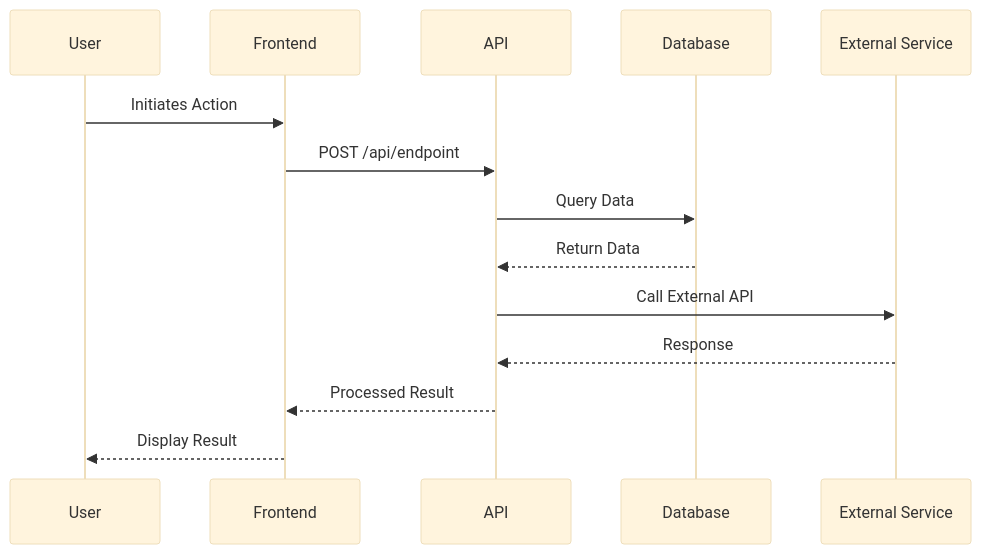
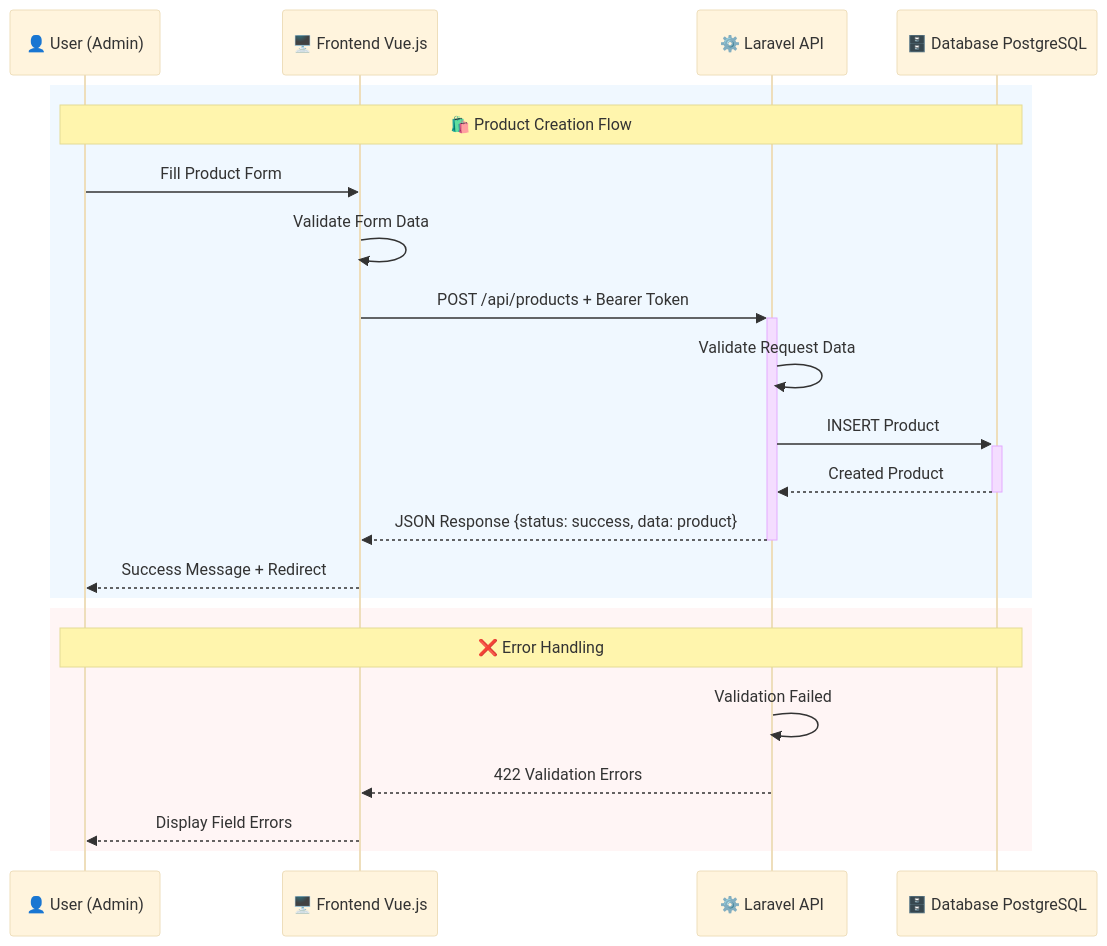
Before and after one commit to Merieli/meraki-shop: the third of 5 diagrams in .taskmaster/docs/current-task/prp.md, drawn with Mermaid (base theme). The commit also changed other lines of this file, not shown here.

````diff
--- a/.taskmaster/docs/current-task/prp.md
+++ b/.taskmaster/docs/current-task/prp.md
@@ -85,17 +149,26 @@
 ```mermaid
 sequenceDiagram
-    participant U as User
-    participant F as Frontend
-    participant A as API
-    participant D as Database
-    participant E as External Service
+    participant U as 👤 User (Admin)
+    participant F as 🖥️ Frontend Vue.js
+    participant A as ⚙️ Laravel API
+    participant D as 🗄️ Database PostgreSQL
     
-    U->>F: Initiates Action
-    F->>A: POST /api/endpoint
-    A->>D: Query Data
-    D-->>A: Return Data
-    A->>E: Call External API
-    E-->>A: Response
-    A-->>F: Processed Result
-    F-->>U: Display Result
+    rect rgb(240, 248, 255)
+        Note over U,D: 🛍️ Product Creation Flow
+        U->>F: Fill Product Form
+        F->>F: Validate Form Data
+        F->>+A: POST /api/products + Bearer Token
+        A->>A: Validate Request Data
+        A->>+D: INSERT Product
+        D-->>-A: Created Product
+        A-->>-F: JSON Response {status: success, data: product}
+        F-->>U: Success Message + Redirect
+    end
+    
+    rect rgb(255, 245, 245)
+        Note over U,D: ❌ Error Handling
+        A->>A: Validation Failed
+        A-->>F: 422 Validation Errors
+        F-->>U: Display Field Errors
+    end
 ```
````
